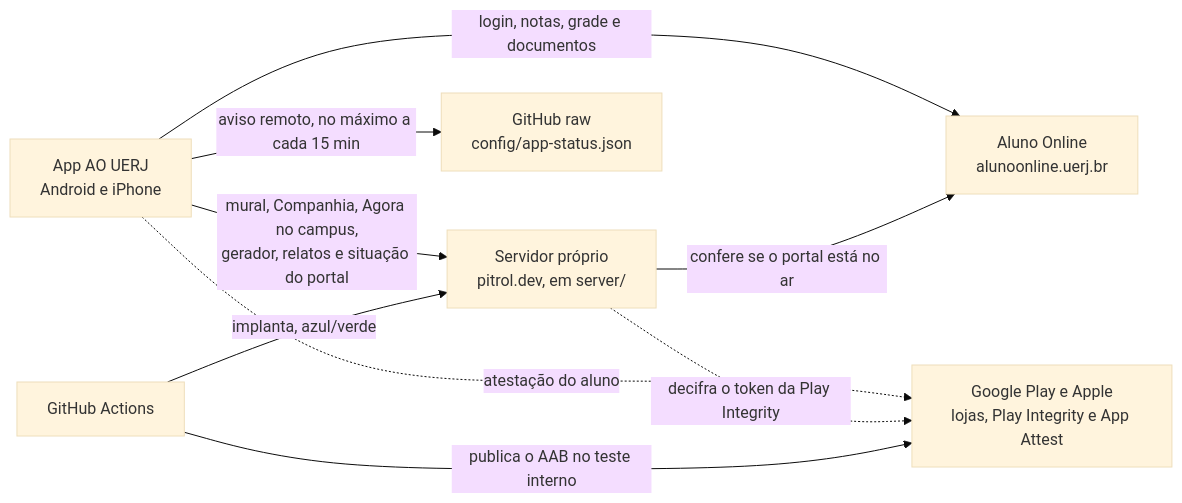
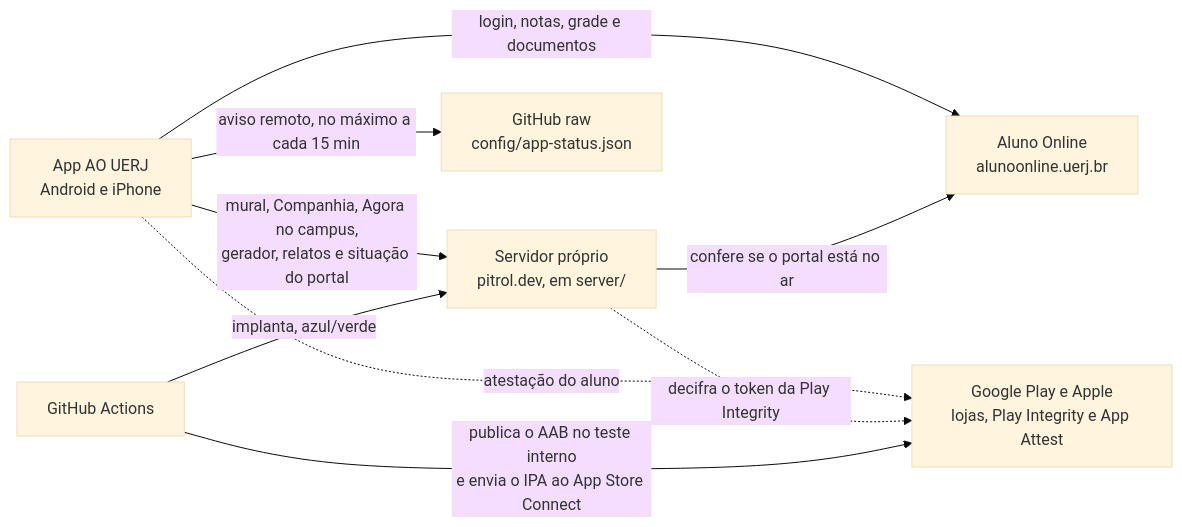
Before and after one commit to pitroldev/ao-uerj-mobile-ts: the diagram in README.md, drawn with Mermaid (base theme). The commit also changed other lines of this file and 6 other files, not shown here.

First line of the commit message:
docs: the app is on the App Store since 2.17.2

````diff
--- a/README.md
+++ b/README.md
@@ -94,18 +95,18 @@
 ```mermaid
 flowchart LR
   app["App AO UERJ<br/>Android e iPhone"]
   ao["Aluno Online<br/>alunoonline.uerj.br"]
   server["Servidor próprio<br/>pitrol.dev, em server/"]
   raw["GitHub raw<br/>config/app-status.json"]
   lojas["Google Play e Apple<br/>lojas, Play Integrity e App Attest"]
   gha["GitHub Actions"]
 
   app -->|"login, notas, grade e documentos"| ao
   app -->|"mural, Companhia, Agora no campus,<br/>gerador, relatos e situação do portal"| server
   app -->|"aviso remoto, no máximo a cada 15 min"| raw
   app -.->|"atestação do aluno"| lojas
   server -.->|"decifra o token da Play Integrity"| lojas
   server -->|"confere se o portal está no ar"| ao
-  gha -->|"publica o AAB no teste interno"| lojas
+  gha -->|"publica o AAB no teste interno<br/>e envia o IPA ao App Store Connect"| lojas
   gha -->|"implanta, azul/verde"| server
 ```
````
